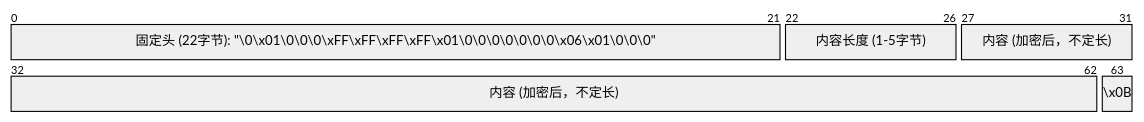
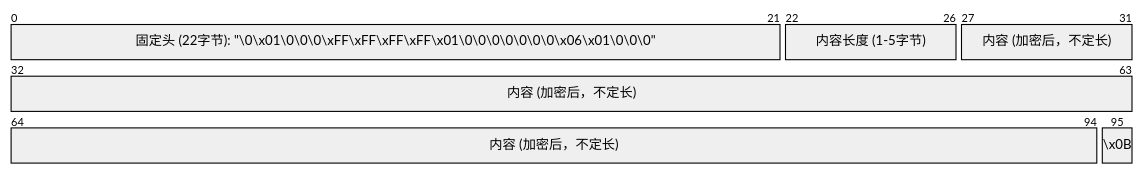
One commit to CuteReimu/cutereimu.github.io changed the diagram in src/daily/hollowknight/user-data.md. Above: the diagram before and after it, drawn with Mermaid. The commit also changed other lines of this file, not shown here.

Commit message:
存档文件结构分析

````diff
--- a/src/daily/hollowknight/user-data.md
+++ b/src/daily/hollowknight/user-data.md
@@ -19,7 +19,7 @@
 ```mermaid
 packet-beta
   0-21: "固定头 (22字节): \"\\0\\x01\\0\\0\\0\\xFF\\xFF\\xFF\\xFF\\x01\\0\\0\\0\\0\\0\\0\\0\\x06\\x01\\0\\0\\0\""
   22-26: "内容长度 (1-5字节)"
-  27-62: "内容 (加密后，不定长)"
-  63-63: "\\x0B"
+  27-94: "内容 (加密后，不定长)"
+  95-95: "\\x0B"
 ```
````
